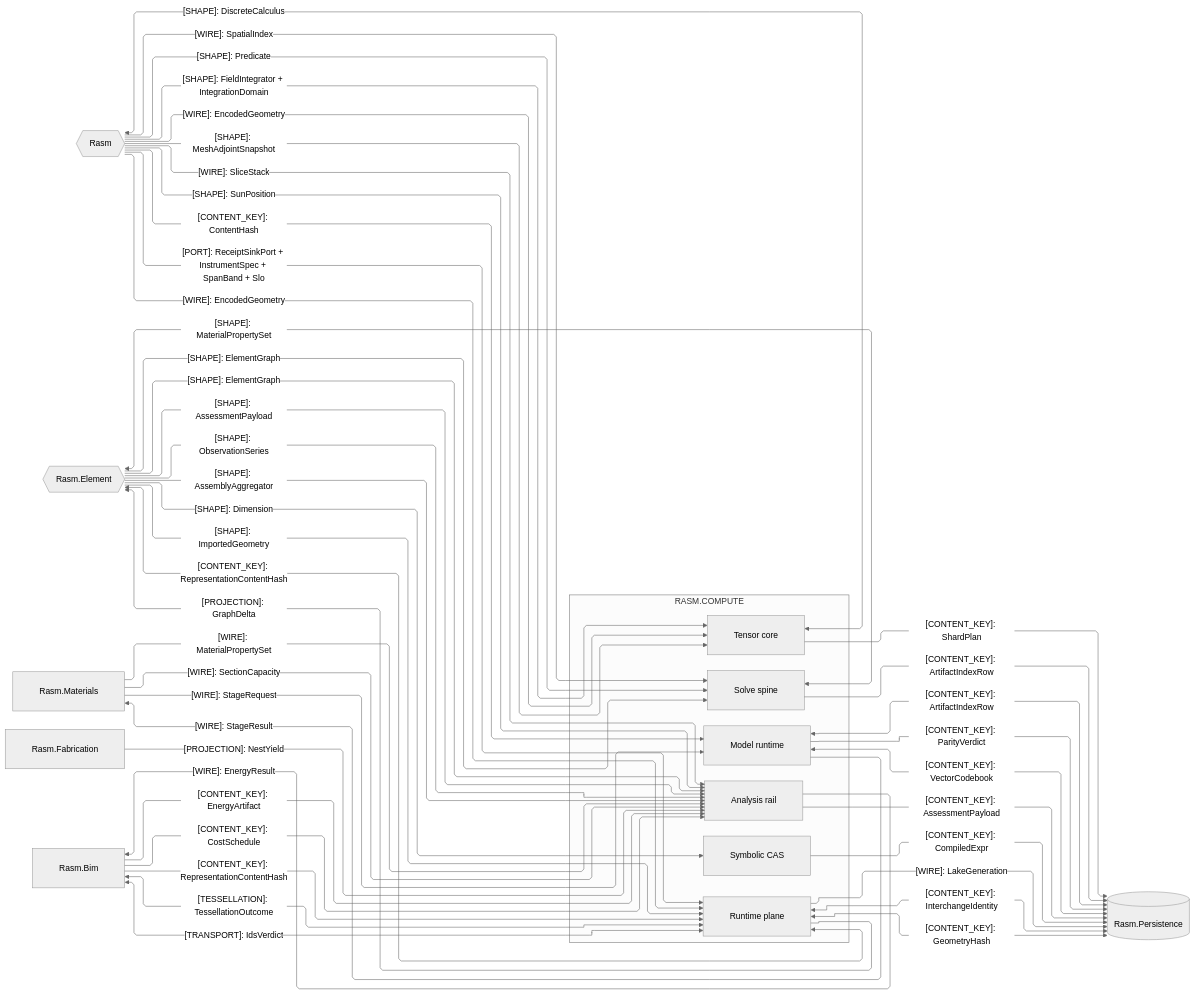
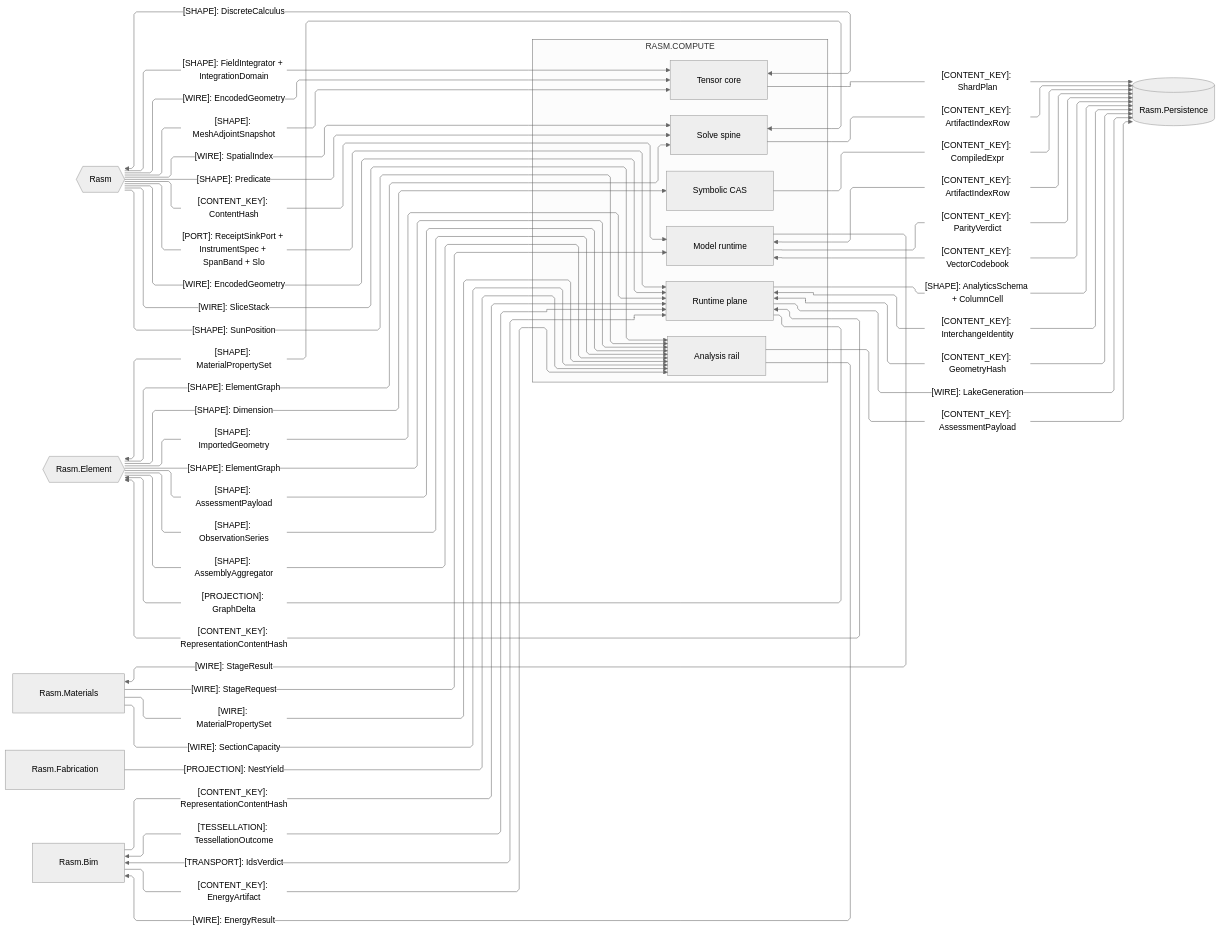
One commit to bsamiee/Rasm changed the second of 4 diagrams in libs/csharp/Rasm.Compute/ARCHITECTURE.md. Above: the diagram before and after it, drawn with Mermaid (neutral theme). The commit also changed other lines of this file and 115 other files, not shown here.

First line of the commit message:
Land the index-doc, cross-libs planning, and manifest delta

````diff
--- a/libs/csharp/Rasm.Compute/ARCHITECTURE.md
+++ b/libs/csharp/Rasm.Compute/ARCHITECTURE.md
@@ -135,68 +132,68 @@
 ```mermaid
 ---
 config:
   layout: elk
   flowchart:
     curve: linear
     padding: 25
 ---
 flowchart LR
     accTitle: Compute AEC-domain and storage seams
-    accDescr: Compute sub-domain owners exchanging content keys, neutral shapes, wires, projections, transport, and tessellation with the kernel, the Element/Materials/Bim/Fabrication AEC peers, and the persistence store, one edge per contract family labeled by kind and shared shape.
+    accDescr: Which kinded contract shapes cross between Compute's owners, the kernel, the AEC peers, and the persistence store.
     subgraph compute[RASM.COMPUTE]
         Model[Model runtime]
         Tensor[Tensor core]
         Solver[Solve spine]
         Symbolic[Symbolic CAS]
         Analysis[Analysis rail]
         Runtime[Runtime plane]
     end
     Rasm{{Rasm}}
     Persistence[(Rasm.Persistence)]
     Element{{Rasm.Element}}
     Materials[Rasm.Materials]
     Fabrication[Rasm.Fabrication]
     Bim[Rasm.Bim]
     Rasm e1@-->|"[CONTENT_KEY]: ContentHash"| Model
-    Rasm e22@-->|"[PORT]: ReceiptSinkPort + InstrumentSpec + SpanBand + Slo"| Runtime
-    Rasm e2@-->|"[SHAPE]: Predicate"| Solver
-    Tensor e3@<-->|"[SHAPE]: DiscreteCalculus"| Rasm
-    Rasm e4@-->|"[WIRE]: SliceStack"| Analysis
-    Rasm e18@-->|"[SHAPE]: MeshAdjointSnapshot"| Tensor
-    Rasm e19@-->|"[WIRE]: SpatialIndex"| Solver
-    Rasm e21@-->|"[WIRE]: EncodedGeometry"| Tensor
-    Rasm e34@-->|"[SHAPE]: FieldIntegrator + IntegrationDomain"| Tensor
-    Rasm e36@-->|"[SHAPE]: SunPosition"| Analysis
-    Model e15@<-->|"[CONTENT_KEY]: ArtifactIndexRow"| Persistence
-    Model e35@-->|"[CONTENT_KEY]: ParityVerdict"| Persistence
-    Model e27@<-->|"[CONTENT_KEY]: VectorCodebook"| Persistence
-    Tensor e16@-->|"[CONTENT_KEY]: ShardPlan"| Persistence
-    Solver e43@-->|"[CONTENT_KEY]: ArtifactIndexRow"| Persistence
-    Symbolic e14@-->|"[CONTENT_KEY]: CompiledExpr"| Persistence
-    Analysis e13@-->|"[CONTENT_KEY]: AssessmentPayload"| Persistence
-    Runtime e17@<-->|"[CONTENT_KEY]: InterchangeIdentity"| Persistence
-    Runtime e28@<-->|"[CONTENT_KEY]: GeometryHash"| Persistence
-    Runtime e29@-->|"[WIRE]: LakeGeneration"| Persistence
-    Rasm e30@-->|"[WIRE]: EncodedGeometry"| Runtime
-    Solver e8@<-->|"[SHAPE]: MaterialPropertySet"| Element
-    Element e7@-->|"[SHAPE]: Dimension"| Symbolic
-    Element e5@-->|"[SHAPE]: ElementGraph"| Analysis
-    Element e40@-->|"[SHAPE]: ElementGraph"| Solver
-    Element e37@-->|"[SHAPE]: AssessmentPayload"| Analysis
-    Element e41@-->|"[SHAPE]: ObservationSeries"| Analysis
-    Runtime e42@-->|"[PROJECTION]: GraphDelta"| Element
-    Runtime e6@<-->|"[CONTENT_KEY]: RepresentationContentHash"| Element
-    Element e33@-->|"[SHAPE]: ImportedGeometry"| Runtime
-    Element e10@-->|"[SHAPE]: AssemblyAggregator"| Analysis
-    Materials e9@-->|"[WIRE]: MaterialPropertySet"| Analysis
-    Materials e23@-->|"[WIRE]: SectionCapacity"| Analysis
-    Materials e31@-->|"[WIRE]: StageRequest"| Model
-    Model e32@-->|"[WIRE]: StageResult"| Materials
-    Fabrication e12@-->|"[PROJECTION]: NestYield"| Analysis
-    Bim e11@<-->|"[TESSELLATION]: TessellationOutcome"| Runtime
-    Bim e24@<-->|"[TRANSPORT]: IdsVerdict"| Runtime
-    Bim e25@-->|"[CONTENT_KEY]: RepresentationContentHash"| Runtime
-    Bim e26@-->|"[CONTENT_KEY]: CostSchedule"| Analysis
-    Bim e38@-->|"[CONTENT_KEY]: EnergyArtifact"| Analysis
-    Analysis e39@-->|"[WIRE]: EnergyResult"| Bim
+    Rasm e2@-->|"[PORT]: ReceiptSinkPort + InstrumentSpec + SpanBand + Slo"| Runtime
+    Rasm e3@-->|"[SHAPE]: Predicate"| Solver
+    Tensor e4@<-->|"[SHAPE]: DiscreteCalculus"| Rasm
+    Rasm e5@-->|"[WIRE]: SliceStack"| Analysis
+    Rasm e6@-->|"[SHAPE]: MeshAdjointSnapshot"| Tensor
+    Rasm e7@-->|"[WIRE]: SpatialIndex"| Solver
+    Rasm e8@-->|"[WIRE]: EncodedGeometry"| Tensor
+    Rasm e9@-->|"[SHAPE]: FieldIntegrator + IntegrationDomain"| Tensor
+    Rasm e10@-->|"[SHAPE]: SunPosition"| Analysis
+    Model e11@<-->|"[CONTENT_KEY]: ArtifactIndexRow"| Persistence
+    Model e12@-->|"[CONTENT_KEY]: ParityVerdict"| Persistence
+    Model e13@<-->|"[CONTENT_KEY]: VectorCodebook"| Persistence
+    Tensor e14@-->|"[CONTENT_KEY]: ShardPlan"| Persistence
+    Solver e15@-->|"[CONTENT_KEY]: ArtifactIndexRow"| Persistence
+    Symbolic e16@-->|"[CONTENT_KEY]: CompiledExpr"| Persistence
+    Analysis e17@-->|"[CONTENT_KEY]: AssessmentPayload"| Persistence
+    Runtime e18@<-->|"[CONTENT_KEY]: InterchangeIdentity"| Persistence
+    Runtime e19@<-->|"[CONTENT_KEY]: GeometryHash"| Persistence
+    Runtime e20@-->|"[WIRE]: LakeGeneration"| Persistence
+    Runtime e21@-->|"[SHAPE]: AnalyticsSchema + ColumnCell"| Persistence
+    Rasm e22@-->|"[WIRE]: EncodedGeometry"| Runtime
+    Solver e23@<-->|"[SHAPE]: MaterialPropertySet"| Element
+    Element e24@-->|"[SHAPE]: Dimension"| Symbolic
+    Element e25@-->|"[SHAPE]: ElementGraph"| Analysis
+    Element e26@-->|"[SHAPE]: ElementGraph"| Solver
+    Element e27@-->|"[SHAPE]: AssessmentPayload"| Analysis
+    Element e28@-->|"[SHAPE]: ObservationSeries"| Analysis
+    Runtime e29@-->|"[PROJECTION]: GraphDelta"| Element
+    Runtime e30@<-->|"[CONTENT_KEY]: RepresentationContentHash"| Element
+    Element e31@-->|"[SHAPE]: ImportedGeometry"| Runtime
+    Element e32@-->|"[SHAPE]: AssemblyAggregator"| Analysis
+    Materials e33@-->|"[WIRE]: MaterialPropertySet"| Analysis
+    Materials e34@-->|"[WIRE]: SectionCapacity"| Analysis
+    Materials e35@-->|"[WIRE]: StageRequest"| Model
+    Model e36@-->|"[WIRE]: StageResult"| Materials
+    Fabrication e37@-->|"[PROJECTION]: NestYield"| Analysis
+    Bim e38@<-->|"[TESSELLATION]: TessellationOutcome"| Runtime
+    Bim e39@<-->|"[TRANSPORT]: IdsVerdict"| Runtime
+    Bim e40@-->|"[CONTENT_KEY]: RepresentationContentHash"| Runtime
+    Bim e41@-->|"[CONTENT_KEY]: EnergyArtifact"| Analysis
+    Analysis e42@-->|"[WIRE]: EnergyResult"| Bim
 ```
````
